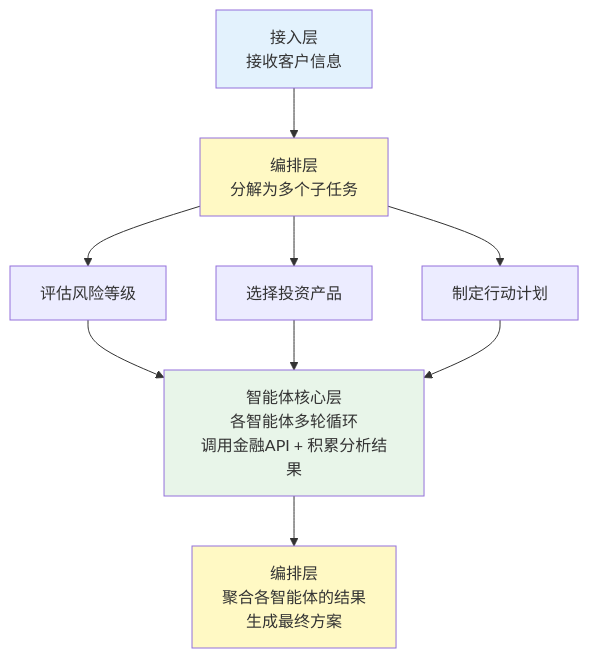
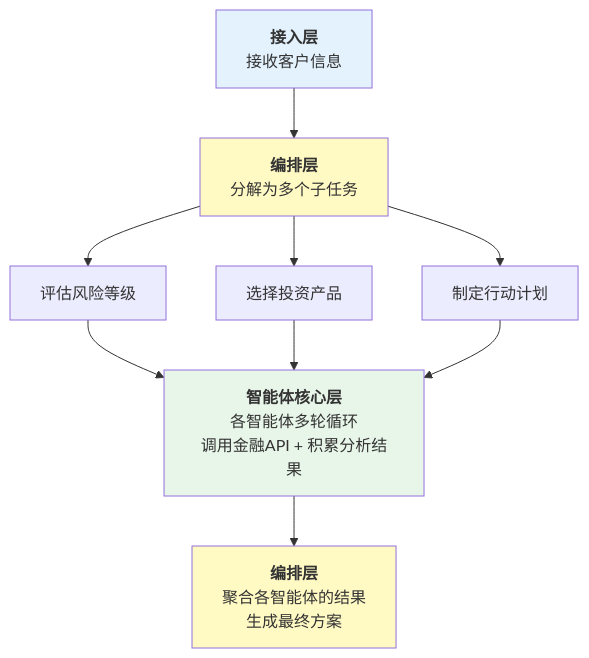
One commit to yeasy/harness_engineering_guide changed the fourth of 5 diagrams in 02_architecture/2.1_reference_architecture.md. Above: the diagram before and after it, drawn with Mermaid. The commit also changed other lines of this file and 26 other files, not shown here.

Commit message:
Add bold titles to Mermaid diagram nodes

````diff
--- a/02_architecture/2.1_reference_architecture.md
+++ b/02_architecture/2.1_reference_architecture.md
@@ -304,16 +404,16 @@
 ```mermaid
 flowchart TD
-    A["接入层<br/>接收客户信息"] --> B["编排层<br/>分解为多个子任务"]
+    A["<b>接入层</b><br/>接收客户信息"] --> B["<b>编排层</b><br/>分解为多个子任务"]
     B --> C["评估风险等级"]
     B --> D["选择投资产品"]
     B --> E["制定行动计划"]
-    C --> F["智能体核心层<br/>各智能体多轮循环<br/>调用金融API + 积累分析结果"]
+    C --> F["<b>智能体核心层</b><br/>各智能体多轮循环<br/>调用金融API + 积累分析结果"]
     D --> F
     E --> F
-    F --> G["编排层<br/>聚合各智能体的结果<br/>生成最终方案"]
+    F --> G["<b>编排层</b><br/>聚合各智能体的结果<br/>生成最终方案"]
 
     style A fill:#e3f2fd
     style B fill:#fff9c4
     style F fill:#e8f5e9
     style G fill:#fff9c4
 ```
````
